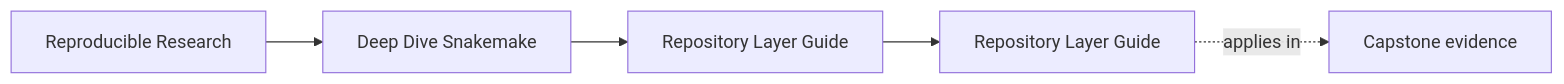
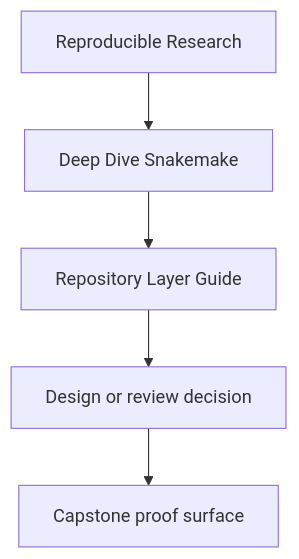
One commit to bijux/bijux-masterclass changed the first of 2 diagrams in programs/reproducible-research/deep-dive-snakemake/course-book/reference/repository-layer-guide.md. Above: the diagram before and after it, drawn with Mermaid. The commit also changed other lines of this file and 29 other files, not shown here.

Commit message:
docs(deep-dive-snakemake): sharpen guide and reference diagrams

````diff
--- a/programs/reproducible-research/deep-dive-snakemake/course-book/reference/repository-layer-guide.md
+++ b/programs/reproducible-research/deep-dive-snakemake/course-book/reference/repository-layer-guide.md
@@ -9,11 +9,7 @@
 ```mermaid
-graph LR
-  family["Reproducible Research"]
-  program["Deep Dive Snakemake"]
-  section["Repository Layer Guide"]
-  page["Repository Layer Guide"]
-  capstone["Capstone evidence"]
-
-  family --> program --> section --> page
-  page -.applies in.-> capstone
+flowchart TD
+  family["Reproducible Research"] --> program["Deep Dive Snakemake"]
+  program --> reference["Repository Layer Guide"]
+  reference --> review["Design or review decision"]
+  review --> capstone["Capstone proof surface"]
 ```
````
